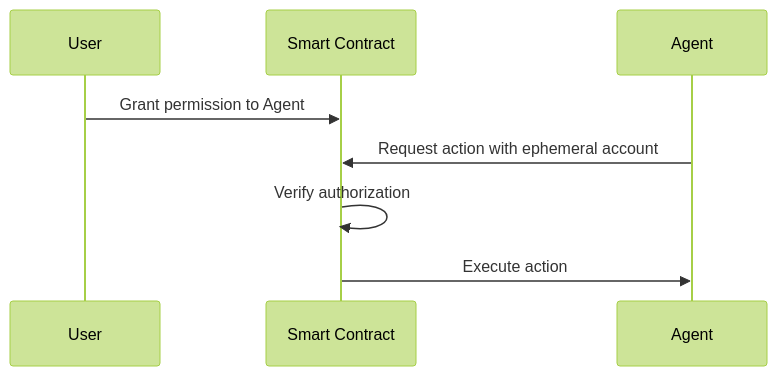
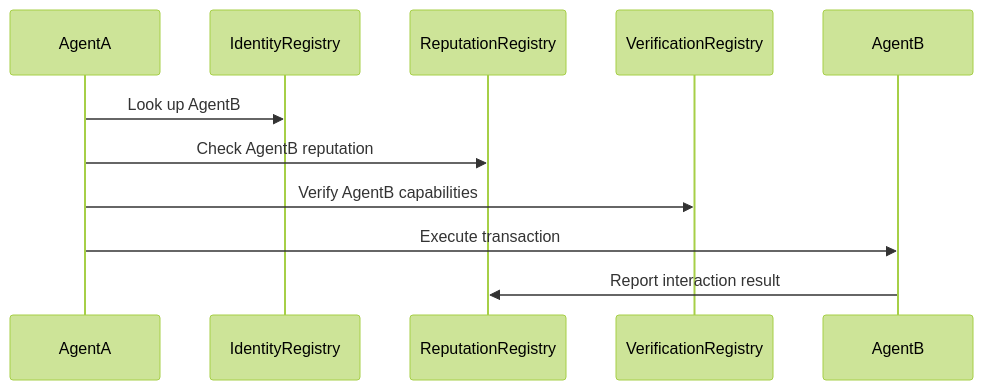
Before and after one commit to skalenetwork/docs.skale.space: the diagram in get-started/agentic-builders/start-with-erc-8004.mdx, drawn with Mermaid (forest theme). The commit also changed other lines of this file and 2 other files, not shown here.

````diff
--- a/get-started/agentic-builders/start-with-erc-8004.mdx
+++ b/get-started/agentic-builders/start-with-erc-8004.mdx
@@ -32,7 +174,8 @@
 ```mermaid
 sequenceDiagram
-    User->>Smart Contract: Grant permission to Agent
-    Agent->>Smart Contract: Request action with ephemeral account
-    Smart Contract->>Smart Contract: Verify authorization
-    Smart Contract->>Agent: Execute action
+    AgentA->>IdentityRegistry: Look up AgentB
+    AgentA->>ReputationRegistry: Check AgentB reputation
+    AgentA->>VerificationRegistry: Verify AgentB capabilities
+    AgentA->>AgentB: Execute transaction
+    AgentB->>ReputationRegistry: Report interaction result
 ```
````
